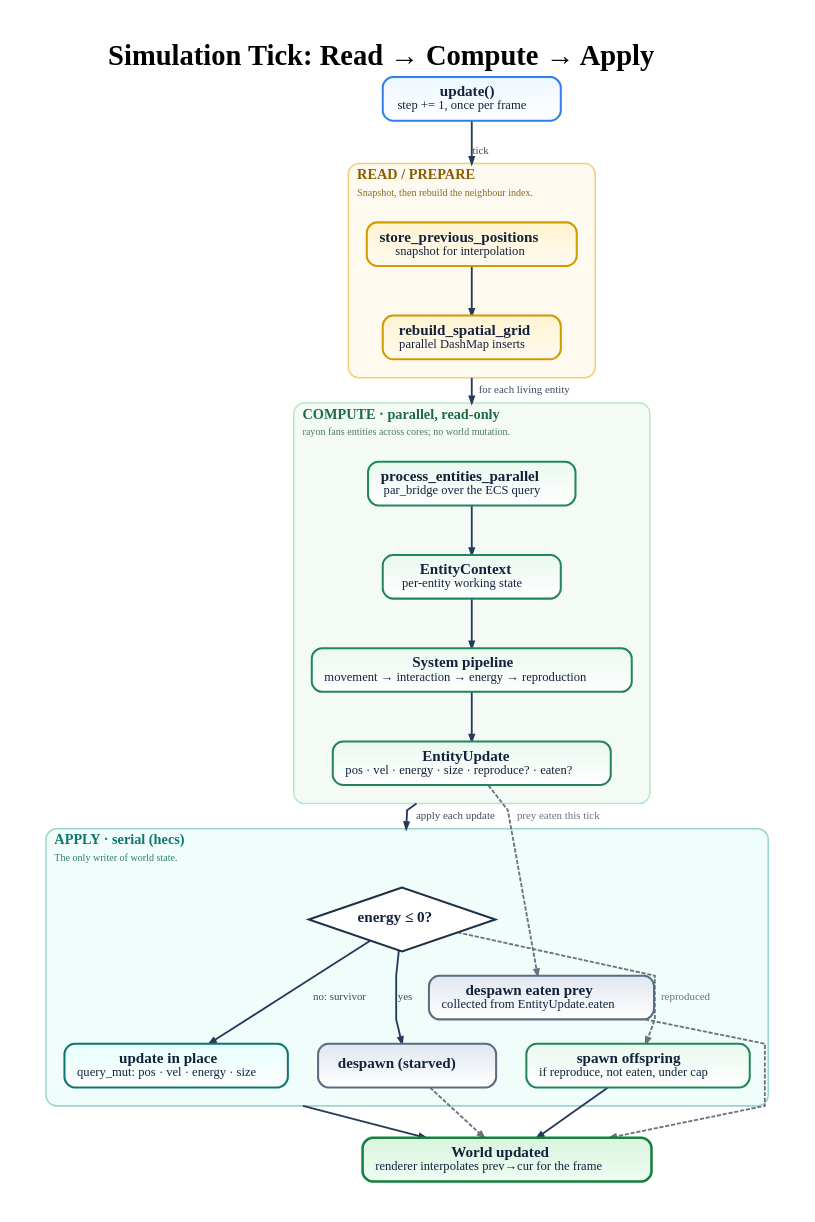
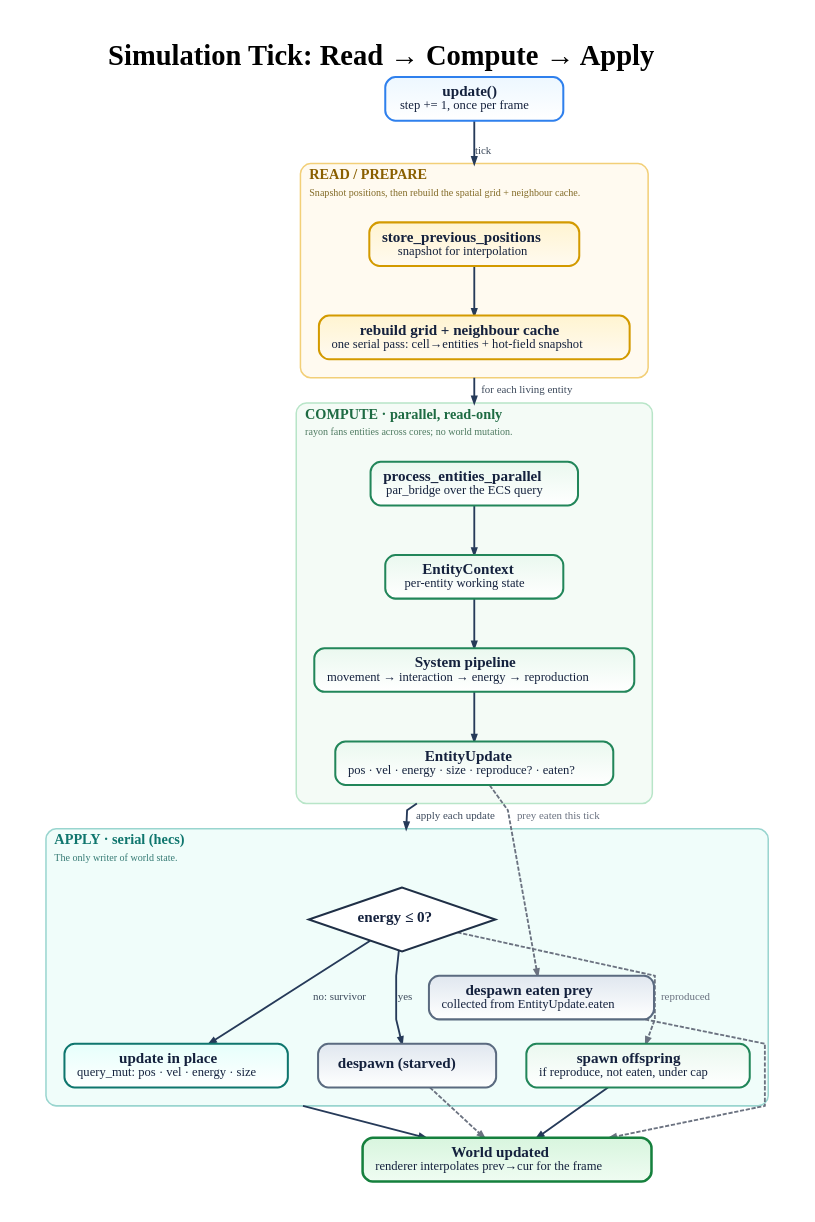
The diagram in docs/diagrams/simulation-tick.dot (rgilks/evo), drawn with Graphviz before and after one commit. The commit also changed 3 other files, not shown here.

First line of the commit message:
Diagrams: correct stale DashMap reference

```diff
--- a/docs/diagrams/simulation-tick.dot
+++ b/docs/diagrams/simulation-tick.dot
@@ -1,124 +1,124 @@
 digraph SimulationTick {
   graph [
     rankdir=TB,
     bgcolor="#ffffff",
     pad="0.55",
     nodesep="0.50",
     ranksep="0.80",
     splines=polyline,
     outputorder=edgesfirst,
     compound=true,
     newrank=true,
     forcelabels=true,
     fontname="Avenir",
     label=<
       <TABLE BORDER="0" CELLBORDER="0" CELLSPACING="0" CELLPADDING="0">
         <TR><TD><FONT POINT-SIZE="34"><B>Simulation Tick: Read &#8594; Compute &#8594; Apply</B></FONT></TD></TR>
       </TABLE>
     >,
     labelloc=t,
     labeljust=c
   ];
 
   node [
     shape=box,
     style="rounded,filled",
     margin="0.21,0.13",
     width=2.95,
     height=0.72,
     fixedsize=false,
     fontname="Avenir",
     fontsize=18,
     penwidth=2.4,
     fontcolor="#14213d",
     color="#2264c7",
     fillcolor="#eaf3ff:#ffffff",
     gradientangle=270
   ];
 
   edge [
     color="#263a59",
     fontname="Avenir",
     fontsize=13,
     fontcolor="#3d4a5c",
     penwidth=2.2,
     arrowsize=0.78
   ];
 
   // ---- Entry ----
   T0 [label=<<B>update()</B><BR/><FONT POINT-SIZE="15">step += 1, once per frame</FONT>>, fillcolor="#edf7ff:#ffffff", color="#2f80ed"];
 
   // ---- Read / prepare ----
   subgraph cluster_read {
     graph [
       label=<
         <TABLE BORDER="0" CELLBORDER="0" CELLSPACING="0" CELLPADDING="2">
           <TR><TD ALIGN="LEFT"><FONT POINT-SIZE="17" COLOR="#8a5f00"><B>READ / PREPARE</B></FONT></TD></TR>
-          <TR><TD ALIGN="LEFT"><FONT POINT-SIZE="12" COLOR="#836b27">Snapshot, then rebuild the neighbour index.</FONT></TD></TR>
+          <TR><TD ALIGN="LEFT"><FONT POINT-SIZE="12" COLOR="#836b27">Snapshot positions, then rebuild the spatial grid + neighbour cache.</FONT></TD></TR>
         </TABLE>
       >,
       labelloc=t, labeljust=l,
       color="#f2cf78", fillcolor="#fffaf0", style="rounded,filled", penwidth=1.8, margin=22
     ];
     R1 [label=<<B>store_previous_positions</B><BR/><FONT POINT-SIZE="15">snapshot for interpolation</FONT>>, fillcolor="#fff4d1:#fffaf0", color="#d39a00"];
-    R2 [label=<<B>rebuild_spatial_grid</B><BR/><FONT POINT-SIZE="15">parallel DashMap inserts</FONT>>, fillcolor="#fff4d1:#fffaf0", color="#d39a00"];
+    R2 [label=<<B>rebuild grid + neighbour cache</B><BR/><FONT POINT-SIZE="15">one serial pass: cell&#8594;entities + hot-field snapshot</FONT>>, fillcolor="#fff4d1:#fffaf0", color="#d39a00"];
     R1 -> R2;
   }
 
   // ---- Compute (parallel) ----
   subgraph cluster_compute {
     graph [
       label=<
         <TABLE BORDER="0" CELLBORDER="0" CELLSPACING="0" CELLPADDING="2">
           <TR><TD ALIGN="LEFT"><FONT POINT-SIZE="17" COLOR="#1e6b43"><B>COMPUTE &#183; parallel, read-only</B></FONT></TD></TR>
           <TR><TD ALIGN="LEFT"><FONT POINT-SIZE="12" COLOR="#4e7a61">rayon fans entities across cores; no world mutation.</FONT></TD></TR>
         </TABLE>
       >,
       labelloc=t, labeljust=l,
       color="#b8e5c8", fillcolor="#f4fbf6", style="rounded,filled", penwidth=1.8, margin=22
     ];
     P1 [label=<<B>process_entities_parallel</B><BR/><FONT POINT-SIZE="15">par_bridge over the ECS query</FONT>>, fillcolor="#eaf8ef:#ffffff", color="#22865a"];
     P2 [label=<<B>EntityContext</B><BR/><FONT POINT-SIZE="15">per-entity working state</FONT>>, fillcolor="#eaf8ef:#ffffff", color="#22865a"];
     P3 [label=<<B>System pipeline</B><BR/><FONT POINT-SIZE="15">movement → interaction → energy → reproduction</FONT>>, fillcolor="#eaf8ef:#ffffff", color="#22865a"];
     P4 [label=<<B>EntityUpdate</B><BR/><FONT POINT-SIZE="15">pos · vel · energy · size · reproduce? · eaten?</FONT>>, fillcolor="#eaf8ef:#ffffff", color="#22865a"];
     P1 -> P2 -> P3 -> P4;
   }
 
   // ---- Apply (serial) ----
   subgraph cluster_apply {
     graph [
       label=<
         <TABLE BORDER="0" CELLBORDER="0" CELLSPACING="0" CELLPADDING="2">
           <TR><TD ALIGN="LEFT"><FONT POINT-SIZE="17" COLOR="#0f766e"><B>APPLY &#183; serial (hecs)</B></FONT></TD></TR>
           <TR><TD ALIGN="LEFT"><FONT POINT-SIZE="12" COLOR="#357a74">The only writer of world state.</FONT></TD></TR>
         </TABLE>
       >,
       labelloc=t, labeljust=l,
       color="#99d5cf", fillcolor="#f0fdfa", style="rounded,filled", penwidth=1.8, margin=22
     ];
 
     DQ1 [label=<<B>energy &#8804; 0?</B>>, shape=diamond, style=filled, width=2.4, height=1.05, fillcolor="#ffffff", color="#1f2f46", penwidth=2.4];
     ALIVE [label=<<B>update in place</B><BR/><FONT POINT-SIZE="15">query_mut: pos · vel · energy · size</FONT>>, fillcolor="#e6fffb:#ffffff", color="#0f766e"];
     DEAD [label=<<B>despawn (starved)</B>>, fillcolor="#e0e7ef:#ffffff", color="#5b6b80"];
     EATEN [label=<<B>despawn eaten prey</B><BR/><FONT POINT-SIZE="15">collected from EntityUpdate.eaten</FONT>>, fillcolor="#e0e7ef:#ffffff", color="#5b6b80"];
     OFF [label=<<B>spawn offspring</B><BR/><FONT POINT-SIZE="15">if reproduce, not eaten, under cap</FONT>>, fillcolor="#eaf8ef:#ffffff", color="#22865a"];
   }
 
   // ---- Outcome ----
   WORLD [label=<<B>World updated</B><BR/><FONT POINT-SIZE="15">renderer interpolates prev&#8594;cur for the frame</FONT>>, fillcolor="#d8f5de:#effcf2", color="#15803d", penwidth=3.0];
 
   // ---- Edges ----
   T0 -> R1 [lhead=cluster_read, label="tick"];
   R2 -> P1 [ltail=cluster_read, lhead=cluster_compute, label="for each living entity"];
   P4 -> DQ1 [ltail=cluster_compute, lhead=cluster_apply, label="apply each update"];
 
   DQ1 -> DEAD [label="yes"];
   DQ1 -> ALIVE [label="no: survivor"];
   DQ1 -> OFF [label="reproduced", color="#6b7280", fontcolor="#6b7280", style=dashed, constraint=false];
   P4 -> EATEN [label="prey eaten this tick", color="#6b7280", fontcolor="#6b7280", style=dashed];
 
   ALIVE -> WORLD [ltail=cluster_apply];
   DEAD -> WORLD [color="#6b7280", fontcolor="#6b7280", style=dashed];
   EATEN -> WORLD [color="#6b7280", fontcolor="#6b7280", style=dashed];
   OFF -> WORLD;
 }
```
